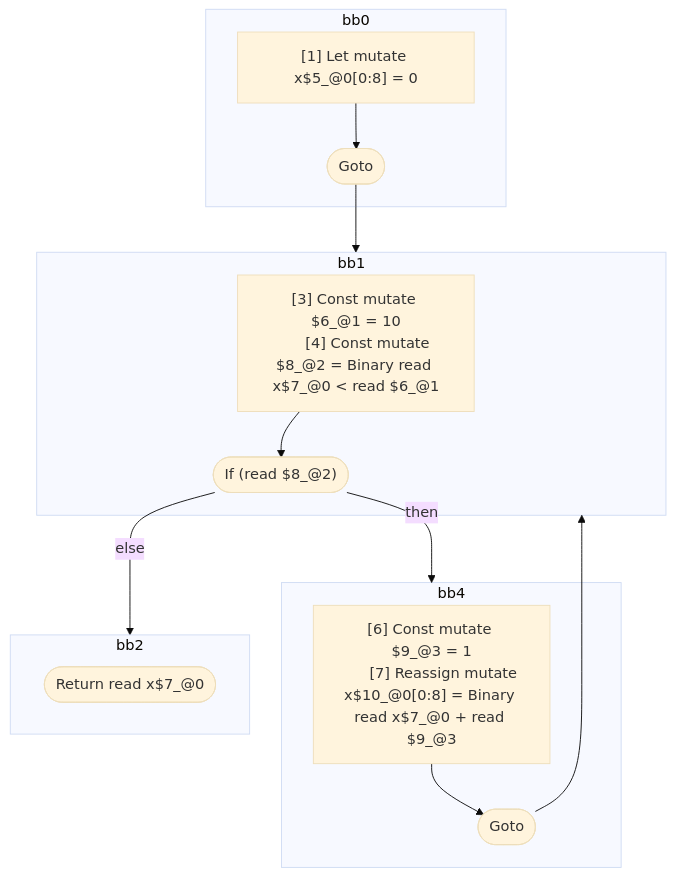
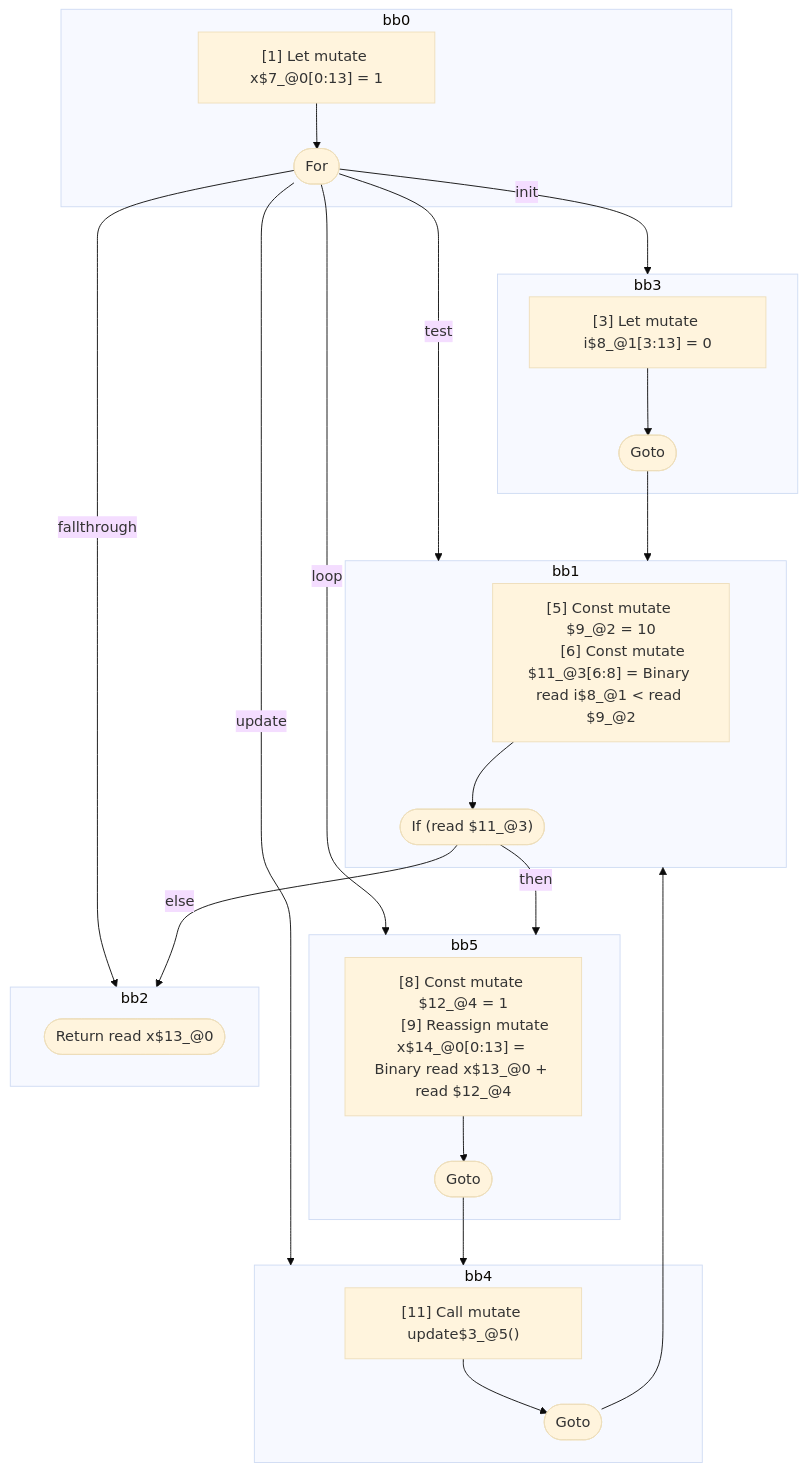
The diagram in compiler/forget/src/__tests__/fixtures/hir/ssa-for.expect.md (wutsmog/private), drawn with Mermaid (base theme) before and after one commit. The commit also changed other lines of this file and 11 other files, not shown here.

````diff
--- a/compiler/forget/src/__tests__/fixtures/hir/ssa-for.expect.md
+++ b/compiler/forget/src/__tests__/fixtures/hir/ssa-for.expect.md
@@ -40,34 +49,52 @@
 ```mermaid
 flowchart TB
   %% Basic Blocks
   subgraph bb0
     bb0_instrs["
-      [1] Let mutate x$5_@0[0:8] = 0
+      [1] Let mutate x$7_@0[0:13] = 1
     "]
-    bb0_instrs --> bb0_terminal(["Goto"])
+    bb0_instrs --> bb0_terminal(["For"])
+  end
+  subgraph bb3
+    bb3_instrs["
+      [3] Let mutate i$8_@1[3:13] = 0
+    "]
+    bb3_instrs --> bb3_terminal(["Goto"])
   end
   subgraph bb1
     bb1_instrs["
-      [3] Const mutate $6_@1 = 10
-      [4] Const mutate $8_@2 = Binary read x$7_@0 < read $6_@1
+      [5] Const mutate $9_@2 = 10
+      [6] Const mutate $11_@3[6:8] = Binary read i$8_@1 < read $9_@2
     "]
-    bb1_instrs --> bb1_terminal(["If (read $8_@2)"])
+    bb1_instrs --> bb1_terminal(["If (read $11_@3)"])
+  end
+  subgraph bb5
+    bb5_instrs["
+      [8] Const mutate $12_@4 = 1
+      [9] Reassign mutate x$14_@0[0:13] = Binary read x$13_@0 + read $12_@4
+    "]
+    bb5_instrs --> bb5_terminal(["Goto"])
   end
   subgraph bb4
     bb4_instrs["
-      [6] Const mutate $9_@3 = 1
-      [7] Reassign mutate x$10_@0[0:8] = Binary read x$7_@0 + read $9_@3
+      [11] Call mutate update$3_@5()
     "]
     bb4_instrs --> bb4_terminal(["Goto"])
   end
   subgraph bb2
-    bb2_terminal(["Return read x$7_@0"])
+    bb2_terminal(["Return read x$13_@0"])
   end
 
   %% Jumps
-  bb0_terminal --> bb1
-  bb1_terminal -- "then" --> bb4
+  bb0_terminal -- "init" --> bb3
+  bb0_terminal -- "test" --> bb1
+  bb0_terminal -- "update" --> bb4
+  bb0_terminal -- "loop" --> bb5
+  bb0_terminal -- "fallthrough" --> bb2
+  bb3_terminal --> bb1
+  bb1_terminal -- "then" --> bb5
   bb1_terminal -- "else" --> bb2
+  bb5_terminal --> bb4
   bb4_terminal --> bb1
 
 ```
````
